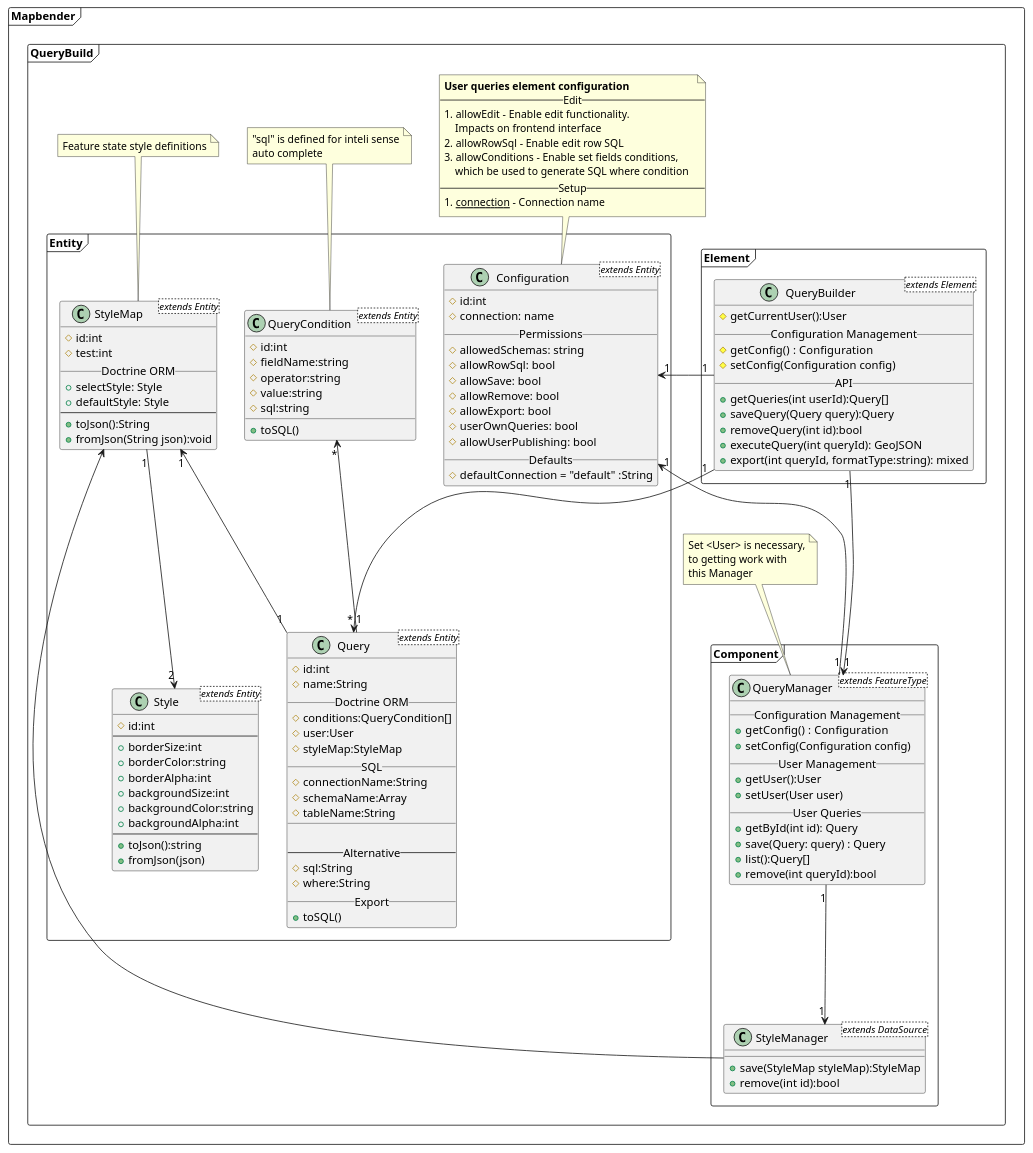
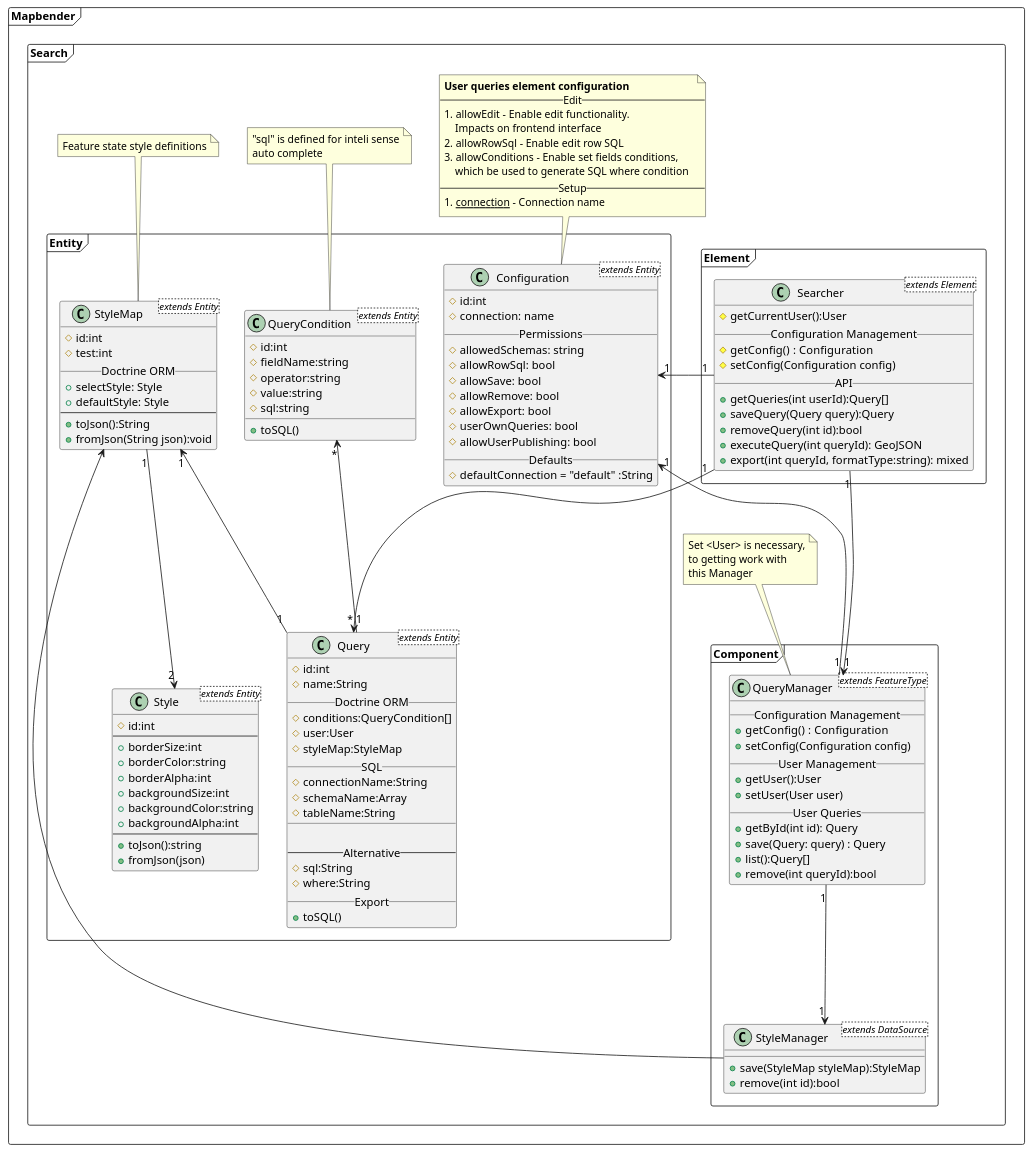
Before and after one commit to mapbender/search: the diagram in Documents/ERM.puml, drawn with PlantUML.

Commit message:
Fix ERM name

```diff
--- a/Documents/ERM.puml
+++ b/Documents/ERM.puml
@@ -1,155 +1,155 @@
 @startuml
 
 package Mapbender <<Frame>> {
 
-  package QueryBuild <<Frame>>{
+  package Search <<Frame>>{
    package Entity <<Frame>> {
       class Query <extends Entity>{
         # id:int
         # name:String
         __ Doctrine ORM __
         # conditions:QueryCondition[]
         # user:User
         # styleMap:StyleMap
         __ SQL __
         # connectionName:String
         # schemaName:Array
         # tableName:String
         __
 
         -- Alternative --
         # sql:String
         # where:String
         __ Export __
         + toSQL()
       }
 
       class QueryCondition <extends Entity>{
         # id:int
         # fieldName:string
         # operator:string
         # value:string
         # sql:string
         __
         + toSQL()
       }
 
       class StyleMap <extends Entity>{
         # id:int
         # test:int
         __ Doctrine ORM __
         + selectStyle: Style
         + defaultStyle: Style
         ---
         + toJson():String
         + fromJson(String json):void
       }
 
       class Style <extends Entity>{
         # id:int
         --
         + borderSize:int
         + borderColor:string
         + borderAlpha:int
         + backgroundSize:int
         + backgroundColor:string
         + backgroundAlpha:int
         ---
         + toJson():string
         + fromJson(json)
       }
 
 
       class Configuration<extends Entity> {
         # id:int
         # connection: name
         __ Permissions __
         # allowedSchemas: string
         # allowRowSql: bool
         # allowSave: bool
         # allowRemove: bool
         # allowExport: bool
         # userOwnQueries: bool
         # allowUserPublishing: bool
         __ Defaults __
         # defaultConnection = "default" :String
       }
 
     }
     package Component <<Frame>>{
       
       class StyleManager <extends DataSource> {
         + save(StyleMap styleMap):StyleMap
         + remove(int id):bool
       }
       
       class QueryManager<extends FeatureType>{
           __ Configuration Management __
           + getConfig() :  Configuration
           + setConfig(Configuration config)
           __ User Management __
           + getUser():User
           + setUser(User user)
           __ User Queries __
           + getById(int id): Query
           + save(Query: query) : Query
           + list():Query[]
           + remove(int queryId):bool
       }
     }
 
     package Element <<Frame>>{
-      class QueryBuilder <extends Element>{
+      class Searcher <extends Element>{
          # getCurrentUser():User
          __ Configuration Management __
          # getConfig() :  Configuration
          # setConfig(Configuration config)
          __ API __
          + getQueries(int userId):Query[]
          + saveQuery(Query query):Query
          + removeQuery(int id):bool
          + executeQuery(int queryId): GeoJSON
          + export(int queryId, formatType:string): mixed
       }
     }
 
     note top of QueryManager
     Set <User> is necessary,
     to getting work with
     this Manager
     end note
 
 
     note top of Configuration
     <b>User queries element configuration</b>
     -- Edit --
     # allowEdit - Enable edit functionality.
         Impacts on frontend interface
     # allowRowSql - Enable edit row SQL
     # allowConditions - Enable set fields conditions,
         which be used to generate SQL where condition
     -- Setup --
     # <u>connection</u> - Connection name
     end note
 
     note top of QueryCondition
         "sql" is defined for inteli sense
         auto complete
     end note
 
     note top of StyleMap
         Feature state style definitions
     end note
 
-    Configuration "1" <--- "1" QueryBuilder
+    Configuration "1" <--- "1" Searcher
     Configuration "1" <--- "1" QueryManager
-    QueryBuilder "1" ---> "1" QueryManager
+    Searcher "1" ---> "1" QueryManager
     QueryManager "1" ---> "1" StyleManager
     QueryCondition "*" <--- "1" Query
     StyleManager ---> StyleMap
-    QueryBuilder "1" ---> "*" Query
+    Searcher "1" ---> "*" Query
     StyleMap "1" <--- "1" Query
     StyleMap "1" ---> "2" Style
   }
 }
 @enduml
```
